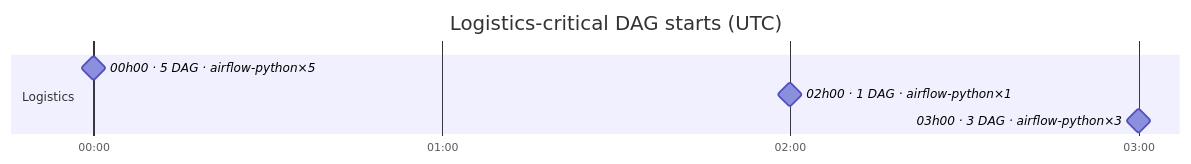
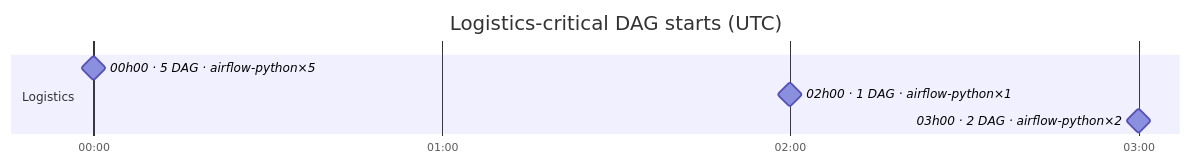
One commit to DayMarket/ml-feature-platform changed the fourth of 6 diagrams in docs/feature_platform_map.md. Above: the diagram before and after it, drawn with Mermaid. The commit also changed other lines of this file and 3 other files, not shown here.

````diff
--- a/docs/feature_platform_map.md
+++ b/docs/feature_platform_map.md
@@ -138,11 +137,11 @@
 ```mermaid
 gantt
     title Logistics-critical DAG starts (UTC)
     dateFormat HH:mm
     axisFormat %H:%M
     tickInterval 1hour
     section Logistics
     00h00 · 5 DAG · airflow-python×5 :milestone, s0_0000, 00:00, 0m
     02h00 · 1 DAG · airflow-python×1 :milestone, s0_0120, 02:00, 0m
-    03h00 · 3 DAG · airflow-python×3 :milestone, s0_0180, 03:00, 0m
+    03h00 · 2 DAG · airflow-python×2 :milestone, s0_0180, 03:00, 0m
 ```
````
